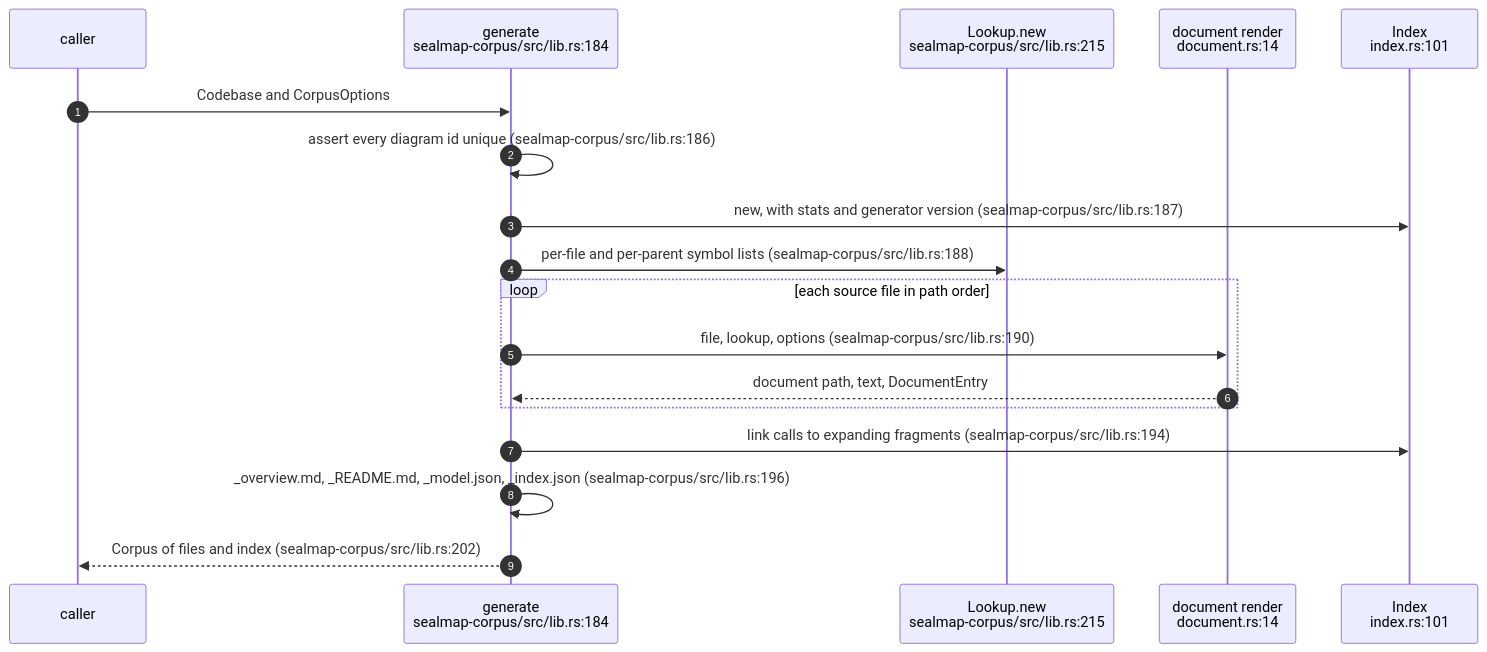
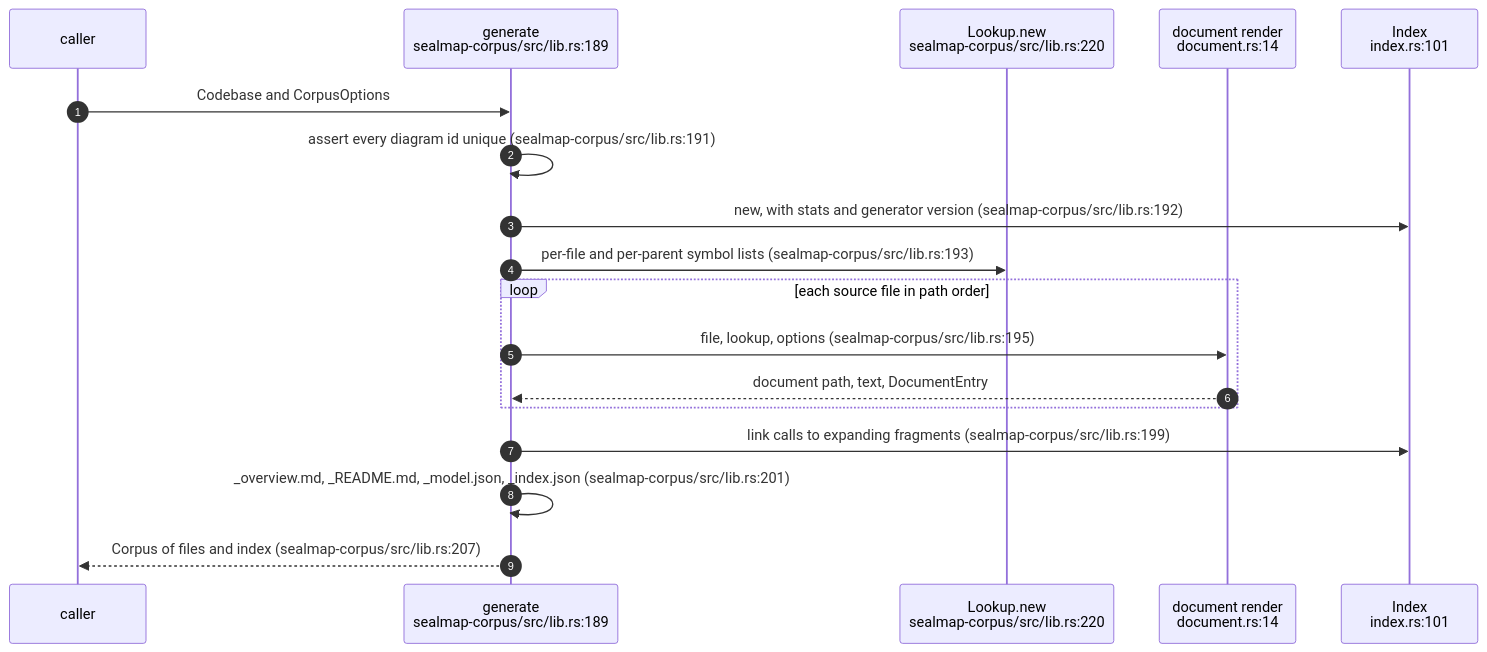
Before and after one commit to DreamLab-AI/codemaid: the first of 5 diagrams in docs/diagrams/corpus/01-generating-the-corpus-and-index.md, drawn with Mermaid. The commit also changed other lines of this file and 22 other files, not shown here.

First line of the commit message:
docs(diagrams): COR-04 and COR-05 for the seal surface; re-stamp every topic at ae478d9

````diff
--- a/docs/diagrams/corpus/01-generating-the-corpus-and-index.md
+++ b/docs/diagrams/corpus/01-generating-the-corpus-and-index.md
@@ -51,20 +51,20 @@
 ```mermaid
 sequenceDiagram
     autonumber
     participant CL as caller
-    participant GE as generate<br/>sealmap-corpus/src/lib.rs:184
-    participant LK as Lookup.new<br/>sealmap-corpus/src/lib.rs:215
+    participant GE as generate<br/>sealmap-corpus/src/lib.rs:189
+    participant LK as Lookup.new<br/>sealmap-corpus/src/lib.rs:220
     participant DR as document render<br/>document.rs:14
     participant IX as Index<br/>index.rs:101
     CL->>GE: Codebase and CorpusOptions
-    GE->>GE: assert every diagram id unique (sealmap-corpus/src/lib.rs:186)
-    GE->>IX: new, with stats and generator version (sealmap-corpus/src/lib.rs:187)
-    GE->>LK: per-file and per-parent symbol lists (sealmap-corpus/src/lib.rs:188)
+    GE->>GE: assert every diagram id unique (sealmap-corpus/src/lib.rs:191)
+    GE->>IX: new, with stats and generator version (sealmap-corpus/src/lib.rs:192)
+    GE->>LK: per-file and per-parent symbol lists (sealmap-corpus/src/lib.rs:193)
     loop each source file in path order
-        GE->>DR: file, lookup, options (sealmap-corpus/src/lib.rs:190)
+        GE->>DR: file, lookup, options (sealmap-corpus/src/lib.rs:195)
         DR-->>GE: document path, text, DocumentEntry
     end
-    GE->>IX: link calls to expanding fragments (sealmap-corpus/src/lib.rs:194)
-    GE->>GE: _overview.md, _README.md, _model.json, _index.json (sealmap-corpus/src/lib.rs:196)
-    GE-->>CL: Corpus of files and index (sealmap-corpus/src/lib.rs:202)
+    GE->>IX: link calls to expanding fragments (sealmap-corpus/src/lib.rs:199)
+    GE->>GE: _overview.md, _README.md, _model.json, _index.json (sealmap-corpus/src/lib.rs:201)
+    GE-->>CL: Corpus of files and index (sealmap-corpus/src/lib.rs:207)
 ```
````
